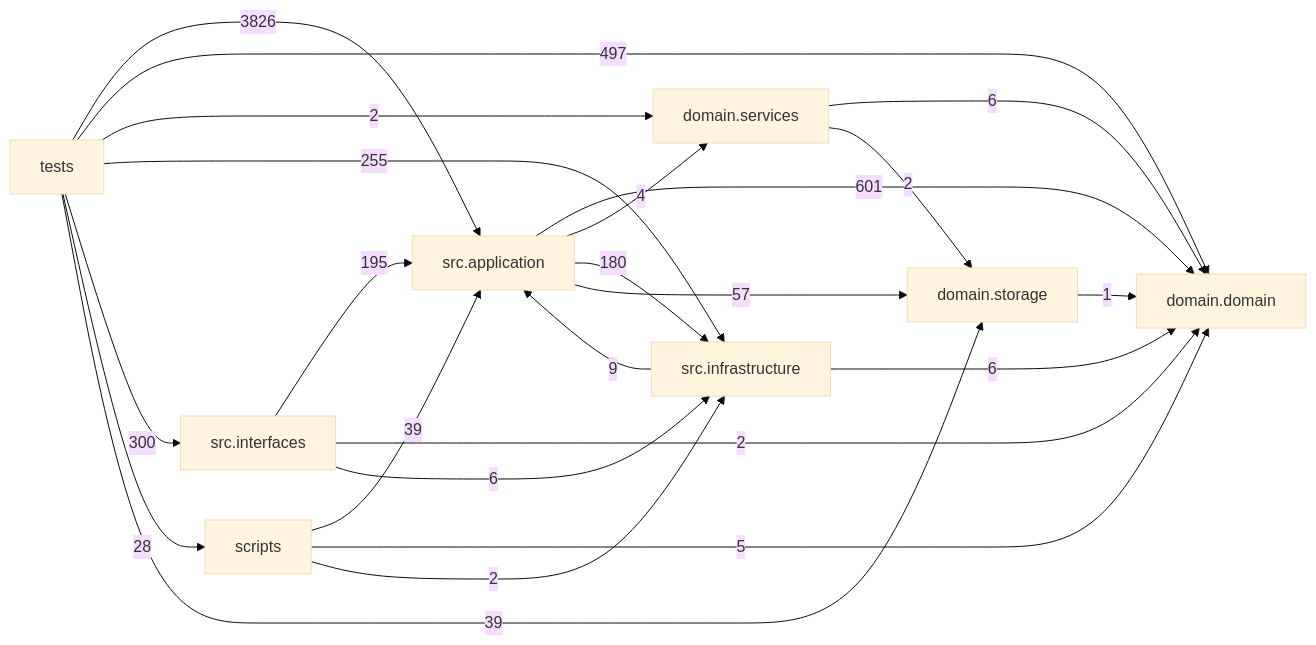
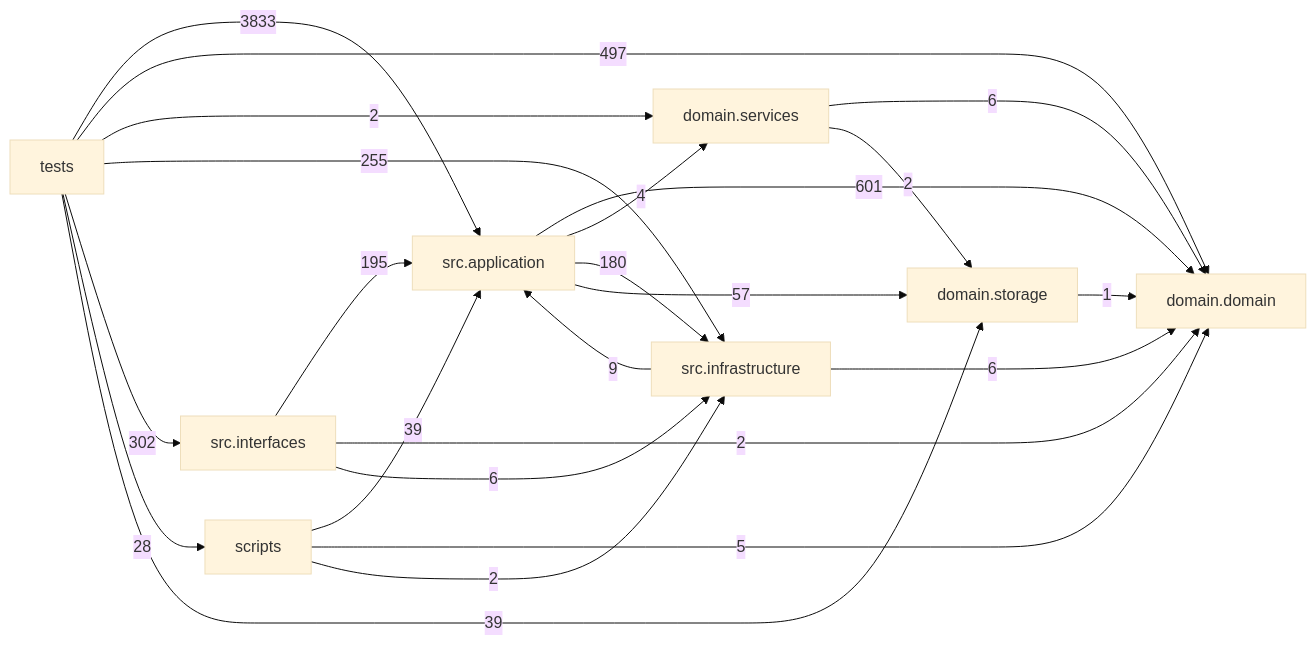
One commit to liuxie066/options-monitor changed the diagram in docs/DEPENDENCY_GRAPH.md. Above: the diagram before and after it, drawn with Mermaid (base theme). The commit also changed other lines of this file and 6 other files, not shown here.

````diff
--- a/docs/DEPENDENCY_GRAPH.md
+++ b/docs/DEPENDENCY_GRAPH.md
@@ -24,33 +24,33 @@
 ```mermaid
 flowchart LR
   tests["tests"]
   scripts["scripts"]
   interfaces["src.interfaces"]
   application["src.application"]
   infrastructure["src.infrastructure"]
   domain_services["domain.services"]
   domain["domain.domain"]
   storage["domain.storage"]
   application -->|601| domain
   application -->|4| domain_services
   application -->|180| infrastructure
   application -->|57| storage
   domain_services -->|6| domain
   domain_services -->|2| storage
   infrastructure -->|9| application
   infrastructure -->|6| domain
   interfaces -->|195| application
   interfaces -->|2| domain
   interfaces -->|6| infrastructure
   scripts -->|39| application
   scripts -->|5| domain
   scripts -->|2| infrastructure
   storage -->|1| domain
-  tests -->|3826| application
+  tests -->|3833| application
   tests -->|497| domain
   tests -->|2| domain_services
   tests -->|255| infrastructure
-  tests -->|300| interfaces
+  tests -->|302| interfaces
   tests -->|28| scripts
   tests -->|39| storage
 ```
````
